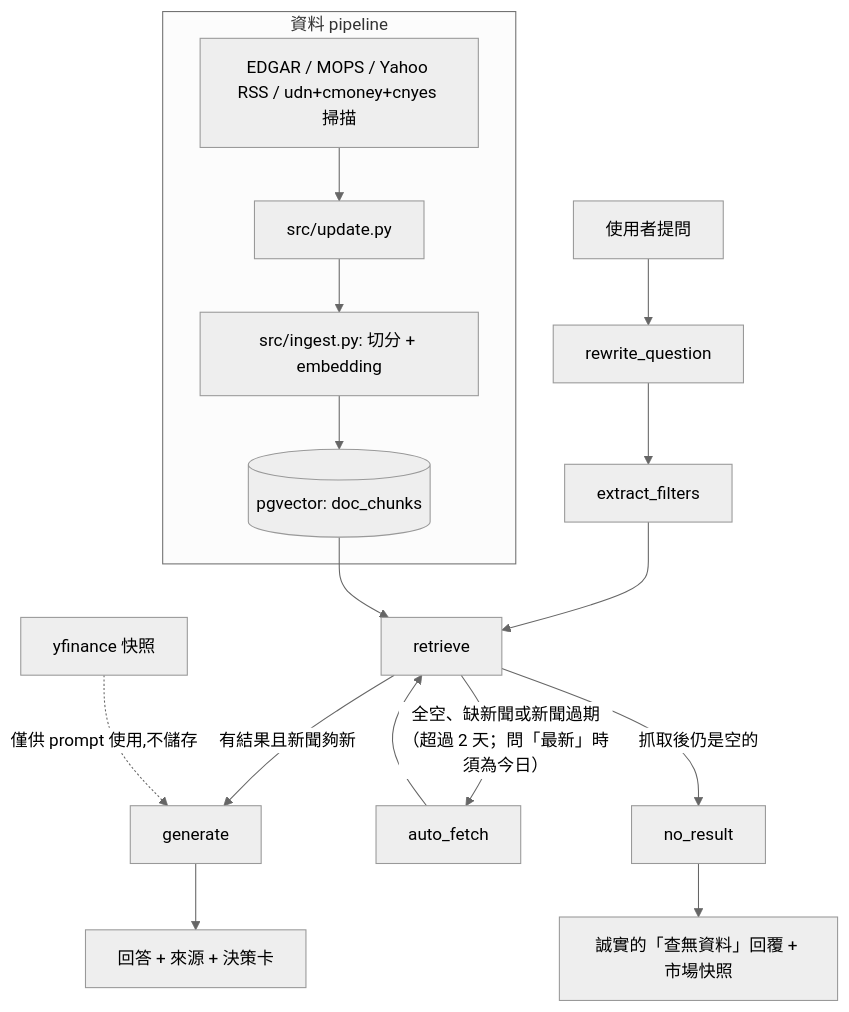
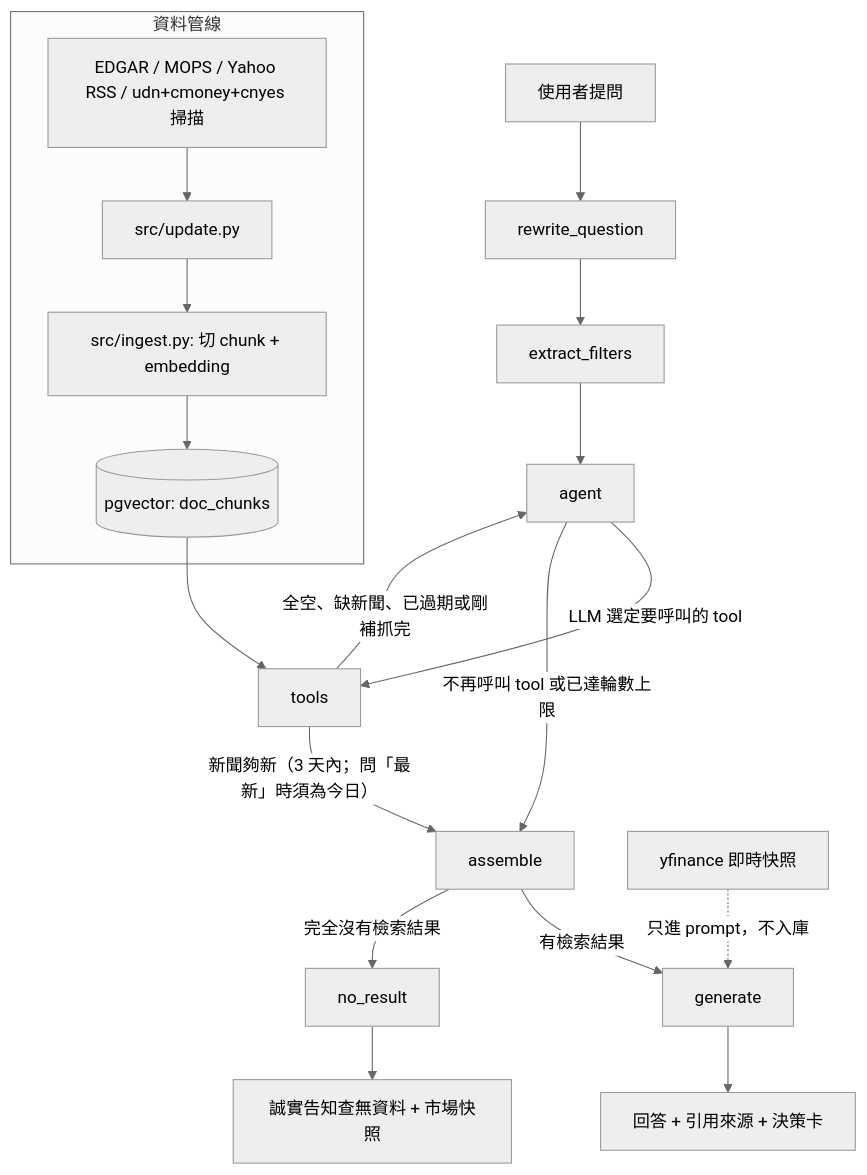
Before and after one commit to thelilywang/finance-ai-assistant: the ninth of 10 diagrams in docs/AI_Product_Case_Study.md, drawn with Mermaid (neutral theme). The commit also changed other lines of this file and 2 other files, not shown here.

First line of the commit message:
docs: sync architecture diagrams with the current LangGraph structure

````diff
--- a/docs/AI_Product_Case_Study.md
+++ b/docs/AI_Product_Case_Study.md
@@ -1852,20 +1855,22 @@
 ```mermaid
 flowchart TD
     U[使用者提問] --> RW[rewrite_question]
     RW --> EF[extract_filters]
-    EF --> RT[retrieve]
-    RT -->|"有結果且新聞夠新"| GEN[generate]
-    RT -->|"全空、缺新聞或新聞過期（超過 2 天；問「最新」時須為今日）"| AF[auto_fetch]
-    AF --> RT
-    RT -->|抓取後仍是空的| NR[no_result]
-    GEN --> A[回答 + 來源 + 決策卡]
-    NR --> B["誠實的「查無資料」回覆 + 市場快照"]
+    EF --> AG[agent]
+    AG -->|LLM 選定要呼叫的 tool| TL[tools]
+    AG -->|不再呼叫 tool 或已達輪數上限| AS[assemble]
+    TL -->|"新聞夠新（3 天內；問「最新」時須為今日）"| AS
+    TL -->|"全空、缺新聞、已過期或剛補抓完"| AG
+    AS -->|有檢索結果| GEN[generate]
+    AS -->|完全沒有檢索結果| NR[no_result]
+    GEN --> A[回答 + 引用來源 + 決策卡]
+    NR --> B[誠實告知查無資料 + 市場快照]
 
-    subgraph 資料 pipeline
+    subgraph 資料管線
         SRC[EDGAR / MOPS / Yahoo RSS / udn+cmoney+cnyes 掃描] --> UP[src/update.py]
-        UP --> ING[src/ingest.py: 切分 + embedding]
+        UP --> ING[src/ingest.py: 切 chunk + embedding]
         ING --> PG[(pgvector: doc_chunks)]
     end
-    PG --> RT
-    YF[yfinance 快照] -.僅供 prompt 使用,不儲存.-> GEN
+    PG --> TL
+    YF[yfinance 即時快照] -.只進 prompt，不入庫.-> GEN
 ```
````
